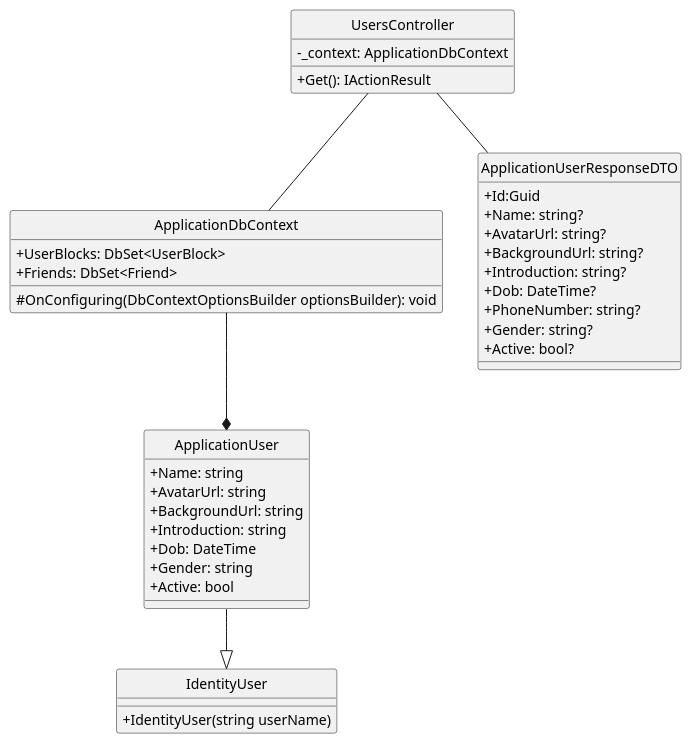
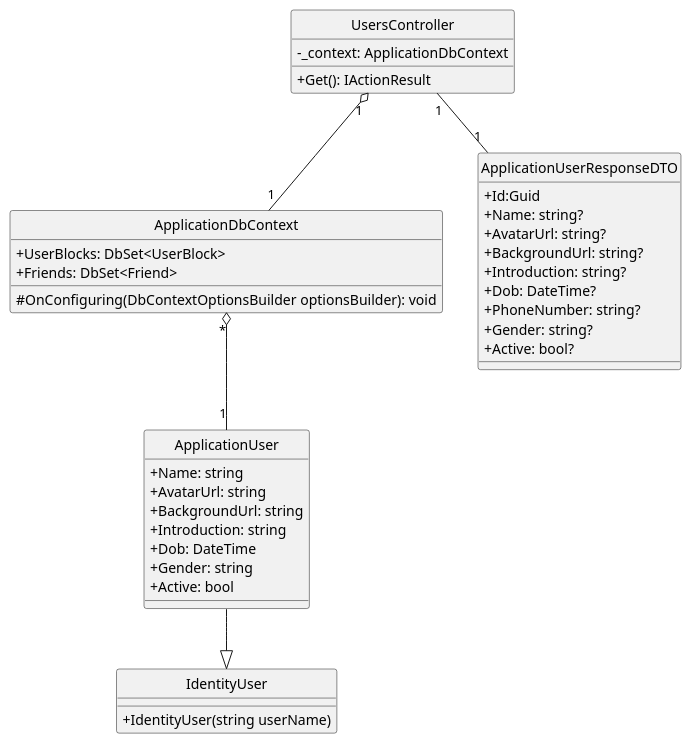
Before and after one commit to Carl-Johnsons/Chat-Application: the diagram in docs/Class Diagram/Identity/GetUserById/ClassDiagram.plantuml, drawn with PlantUML. The commit also changed 13 other files, not shown here.

Commit message:
edit and export identity diagram to png

```diff
--- a/docs/Class Diagram/Identity/GetUserById/ClassDiagram.plantuml
+++ b/docs/Class Diagram/Identity/GetUserById/ClassDiagram.plantuml
@@ -1,46 +1,46 @@
 @startuml getUserById
 hide circle
 skinparam classAttributeIconSize 0
 class UsersController {
     - _context: ApplicationDbContext
     + Get(): IActionResult 
 }
 
 class ApplicationDbContext {
     + UserBlocks: DbSet<UserBlock>
     + Friends: DbSet<Friend>
     # OnConfiguring(DbContextOptionsBuilder optionsBuilder): void
 }
 
 class ApplicationUserResponseDTO{
     + Id:Guid
     + Name: string?
     + AvatarUrl: string?
     + BackgroundUrl: string?
     + Introduction: string?
     + Dob: DateTime?
     + PhoneNumber: string?
     + Gender: string?
     + Active: bool?    
 }
 
 
 class ApplicationUser {
     + Name: string
     + AvatarUrl: string
     + BackgroundUrl: string
     + Introduction: string
     + Dob: DateTime
     + Gender: string
     + Active: bool
 }
 
 class IdentityUser {
     + IdentityUser(string userName) 
 }
 
-UsersController -- ApplicationDbContext
-UsersController -- ApplicationUserResponseDTO
-ApplicationDbContext --* ApplicationUser
+UsersController "1" o--"1" ApplicationDbContext
+UsersController "1"--"1" ApplicationUserResponseDTO
+ApplicationDbContext "*" o--"1" ApplicationUser
 ApplicationUser --|> IdentityUser
 @enduml
```
